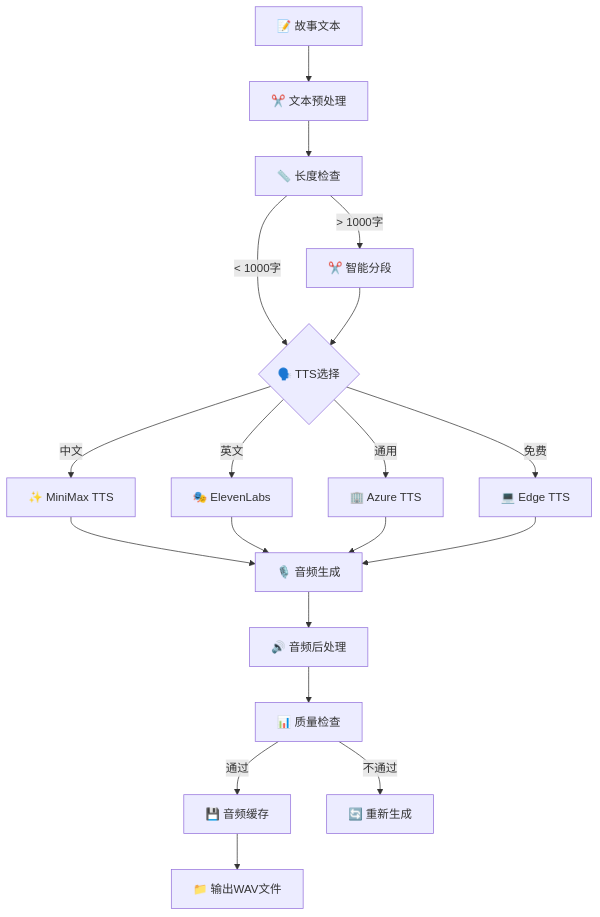
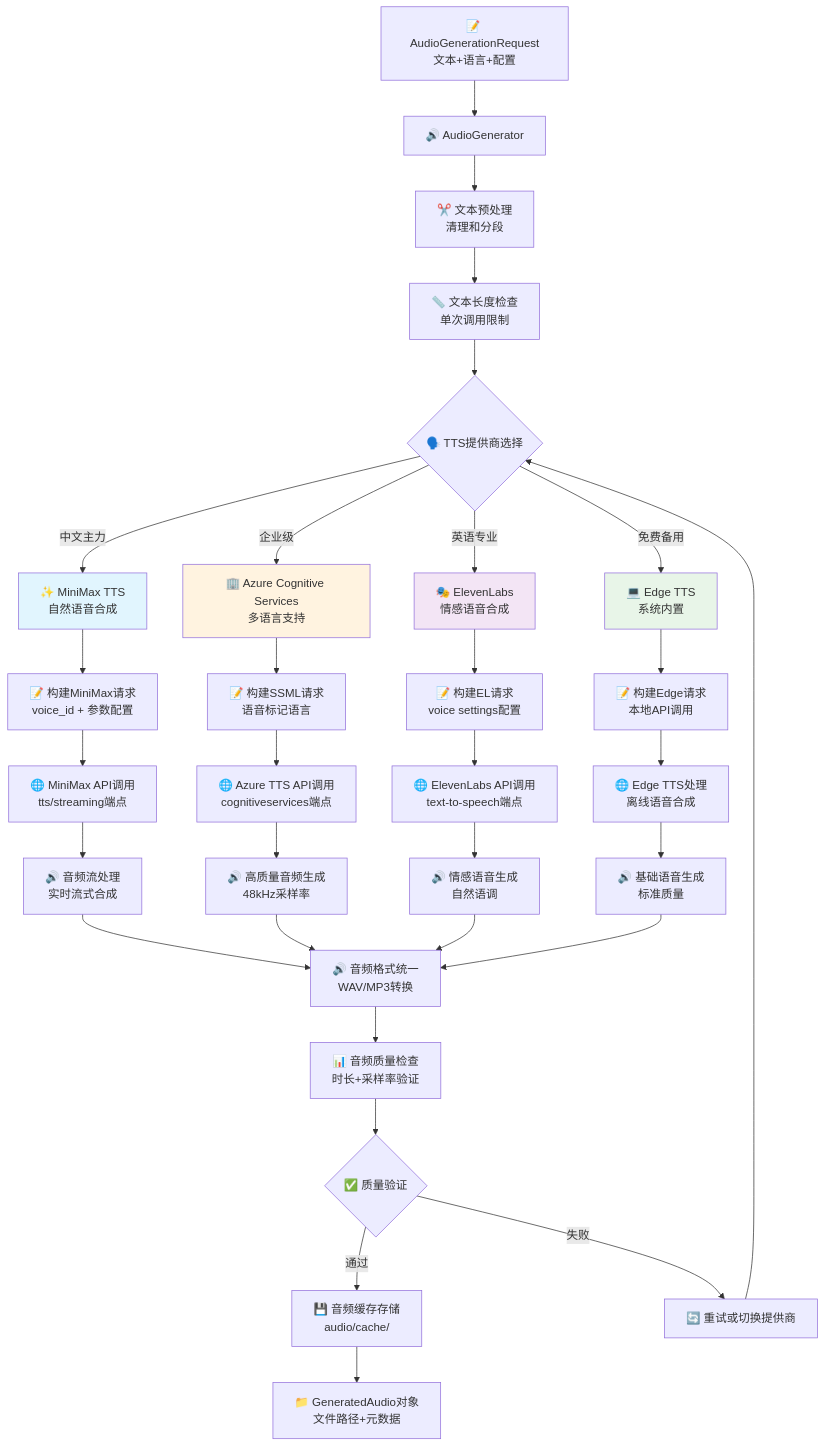
Before and after one commit to qq1151131109/story_video_generator: the eighth of 14 diagrams in WORKFLOW_DIAGRAM.md, drawn with Mermaid. The commit also changed other lines of this file and 3 other files, not shown here.

First line of the commit message:
🎨 优化图像提示词生成系统

````diff
--- a/WORKFLOW_DIAGRAM.md
+++ b/WORKFLOW_DIAGRAM.md
@@ -264,27 +402,53 @@
 ```mermaid
 graph TB
-    A[📝 故事文本] --> B[✂️ 文本预处理]
-    B --> C[📏 长度检查]
+    %% 输入处理
+    A[📝 AudioGenerationRequest<br/>文本+语言+配置] --> B[🔊 AudioGenerator]
+    B --> C[✂️ 文本预处理<br/>清理和分段]
+    C --> D[📏 文本长度检查<br/>单次调用限制]
     
-    C -->|< 1000字| D{🗣️ TTS选择}
-    C -->|> 1000字| E[✂️ 智能分段]
-    E --> D
+    %% 提供商选择
+    D --> E{🗣️ TTS提供商选择}
     
-    D -->|中文| F[✨ MiniMax TTS]
-    D -->|英文| G[🎭 ElevenLabs]
-    D -->|通用| H[🏢 Azure TTS]
-    D -->|免费| I[💻 Edge TTS]
+    %% MiniMax TTS (中文主力)
+    E -->|中文主力| F[✨ MiniMax TTS<br/>自然语音合成]
+    F --> G[📝 构建MiniMax请求<br/>voice_id + 参数配置]
+    G --> H[🌐 MiniMax API调用<br/>tts/streaming端点]
+    H --> I[🔊 音频流处理<br/>实时流式合成]
     
-    F --> J[🎙️ 音频生成]
-    G --> J
-    H --> J
-    I --> J
+    %% Azure TTS (企业级)
+    E -->|企业级| J[🏢 Azure Cognitive Services<br/>多语言支持]
+    J --> K[📝 构建SSML请求<br/>语音标记语言]
+    K --> L[🌐 Azure TTS API调用<br/>cognitiveservices端点]
+    L --> M[🔊 高质量音频生成<br/>48kHz采样率]
     
-    J --> K[🔊 音频后处理]
-    K --> L[📊 质量检查]
+    %% ElevenLabs (英语专业)
+    E -->|英语专业| N[🎭 ElevenLabs<br/>情感语音合成]
+    N --> O[📝 构建EL请求<br/>voice settings配置]
+    O --> P[🌐 ElevenLabs API调用<br/>text-to-speech端点]
+    P --> Q[🔊 情感语音生成<br/>自然语调]
     
-    L -->|通过| M[💾 音频缓存]
-    L -->|不通过| N[🔄 重新生成]
+    %% Edge TTS (免费备用)
+    E -->|免费备用| R[💻 Edge TTS<br/>系统内置]
+    R --> S[📝 构建Edge请求<br/>本地API调用]
+    S --> T[🌐 Edge TTS处理<br/>离线语音合成]
+    T --> U[🔊 基础语音生成<br/>标准质量]
     
-    M --> O[📁 输出WAV文件]
+    %% 音频后处理
+    I --> V[🔊 音频格式统一<br/>WAV/MP3转换]
+    M --> V
+    Q --> V  
+    U --> V
+    
+    V --> W[📊 音频质量检查<br/>时长+采样率验证]
+    W --> X{✅ 质量验证}
+    X -->|通过| Y[💾 音频缓存存储<br/>audio/cache/]
+    X -->|失败| Z[🔄 重试或切换提供商]
+    Z --> E
+    
+    Y --> AA[📁 GeneratedAudio对象<br/>文件路径+元数据]
+    
+    style F fill:#e1f5fe
+    style J fill:#fff3e0
+    style N fill:#f3e5f5
+    style R fill:#e8f5e8
 ```
````
